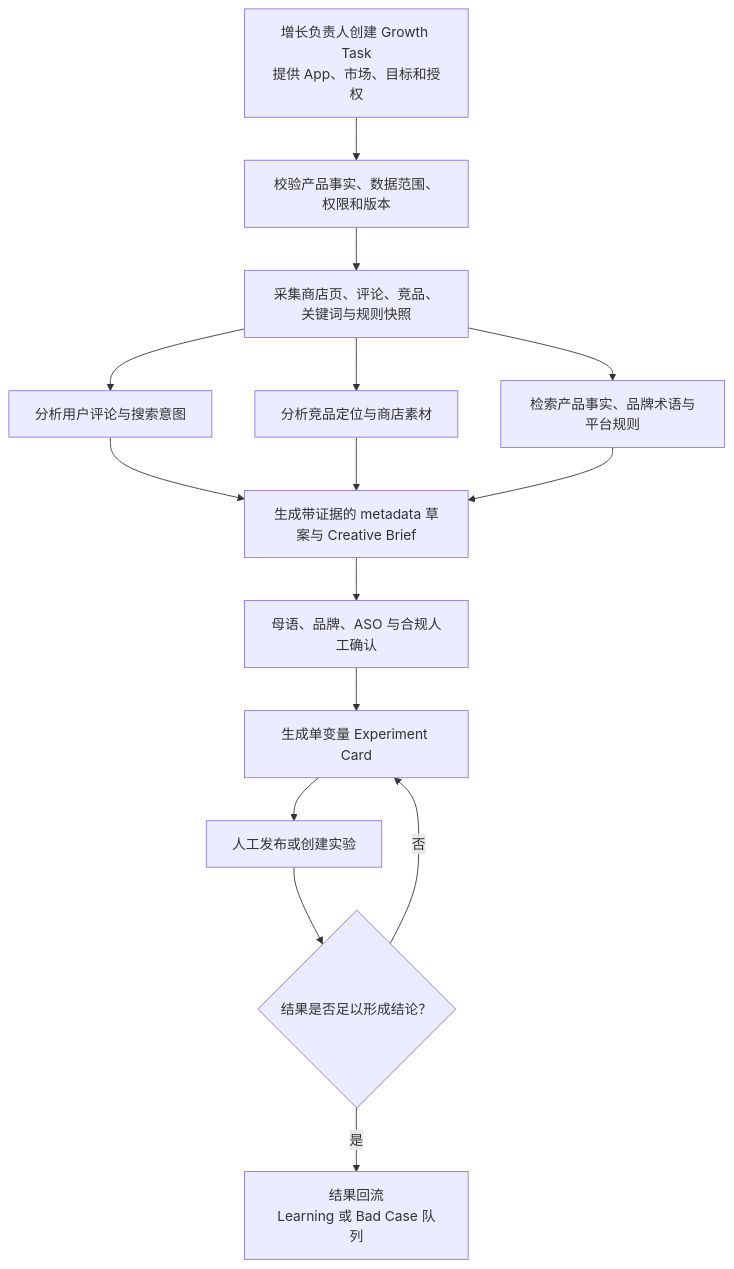
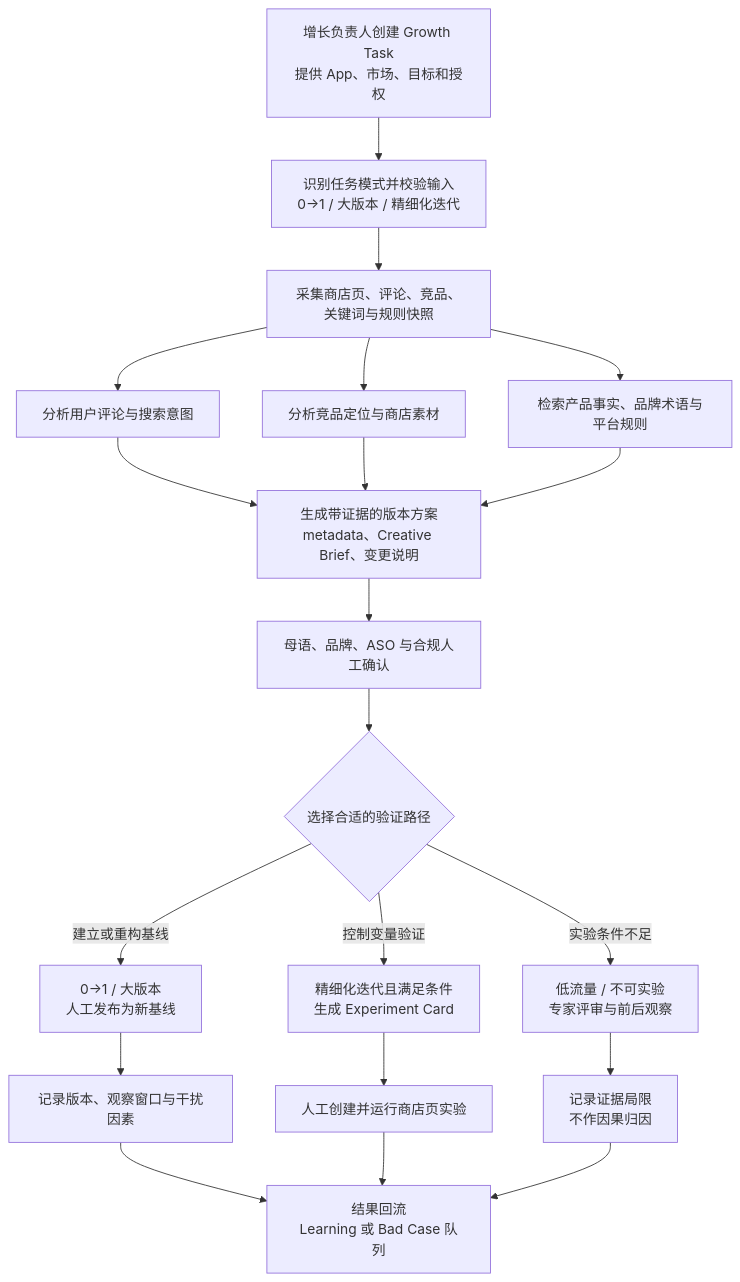
The third of 10 diagrams in 03_prd/global_aso_localization_agent_prd_v2/全球_ASO_与本地化增长_Agent_PRD_v2.md (linkaka970105/ai-pm-adops-copilot), drawn with Mermaid before and after one commit. The commit also changed other lines of this file and 1 other file, not shown here.

````diff
--- a/03_prd/global_aso_localization_agent_prd_v2/全球_ASO_与本地化增长_Agent_PRD_v2.md
+++ b/03_prd/global_aso_localization_agent_prd_v2/全球_ASO_与本地化增长_Agent_PRD_v2.md
@@ -258,26 +221,31 @@
 ```mermaid
 flowchart TB
     A["增长负责人创建 Growth Task<br/>提供 App、市场、目标和授权"]
-    B["校验产品事实、数据范围、权限和版本"]
+    B["识别任务模式并校验输入<br/>0→1 / 大版本 / 精细化迭代"]
     C["采集商店页、评论、竞品、关键词与规则快照"]
     D1["分析用户评论与搜索意图"]
     D2["分析竞品定位与商店素材"]
     D3["检索产品事实、品牌术语与平台规则"]
-    E["生成带证据的 metadata 草案与 Creative Brief"]
+    E["生成带证据的版本方案<br/>metadata、Creative Brief、变更说明"]
     F["母语、品牌、ASO 与合规人工确认"]
-    G["生成单变量 Experiment Card"]
-    H["人工发布或创建实验"]
-    I{"结果是否足以形成结论？"}
+    G{"选择合适的验证路径"}
+    H1["0→1 / 大版本<br/>人工发布为新基线"]
+    H2["精细化迭代且满足条件<br/>生成 Experiment Card"]
+    H3["低流量 / 不可实验<br/>专家评审与前后观察"]
+    I1["记录版本、观察窗口与干扰因素"]
+    I2["人工创建并运行商店页实验"]
+    I3["记录证据局限<br/>不作因果归因"]
     J["结果回流<br/>Learning 或 Bad Case 队列"]
 
     A --> B --> C
     C --> D1
     C --> D2
     C --> D3
     D1 --> E
     D2 --> E
     D3 --> E
-    E --> F --> G --> H --> I
-    I -->|否| G
-    I -->|是| J
+    E --> F --> G
+    G -->|建立或重构基线| H1 --> I1 --> J
+    G -->|控制变量验证| H2 --> I2 --> J
+    G -->|实验条件不足| H3 --> I3 --> J
 ```
````
